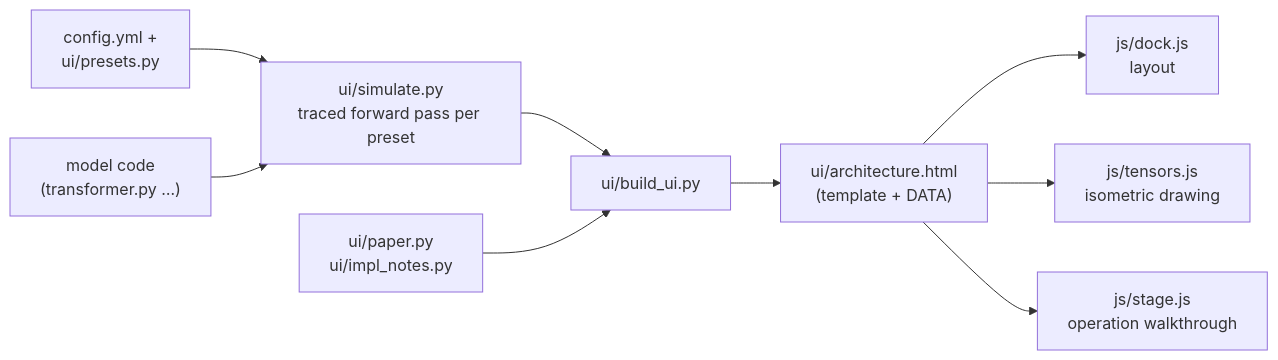
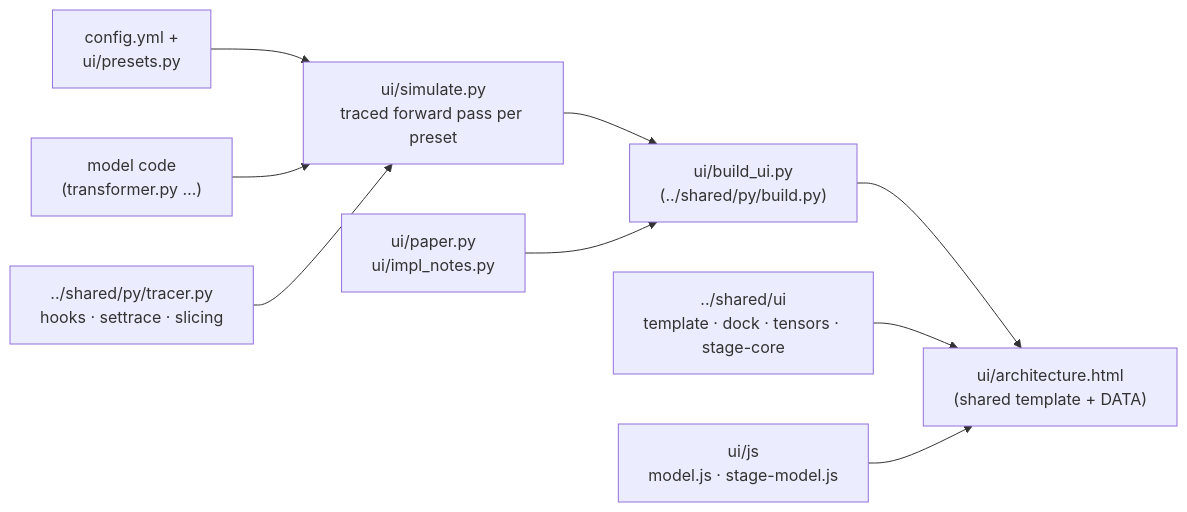
Before and after one commit to omarTBakr/TransformersVisualizations: the second of 2 diagrams in encoder-decoder/README.md, drawn with Mermaid. The commit also changed other lines of this file and 64 other files, not shown here.

First line of the commit message:
Add the Vision Transformer and a shared visualization core

````diff
--- a/encoder-decoder/README.md
+++ b/encoder-decoder/README.md
@@ -163,11 +163,11 @@
 ```mermaid
 flowchart LR
     cfg["config.yml +<br/>ui/presets.py"] --> sim
     model["model code<br/>(transformer.py …)"] --> sim
     sim["ui/simulate.py<br/>traced forward pass per preset"] --> build
     notes["ui/paper.py<br/>ui/impl_notes.py"] --> build
-    build["ui/build_ui.py"] --> page["ui/architecture.html<br/>(template + DATA)"]
-    page --> dock["js/dock.js<br/>layout"]
-    page --> tensors["js/tensors.js<br/>isometric drawing"]
-    page --> stage["js/stage.js<br/>operation walkthrough"]
+    tracer["../shared/py/tracer.py<br/>hooks · settrace · slicing"] --> sim
+    build["ui/build_ui.py<br/>(../shared/py/build.py)"] --> page["ui/architecture.html<br/>(shared template + DATA)"]
+    shell["../shared/ui<br/>template · dock · tensors · stage-core"] --> page
+    own["ui/js<br/>model.js · stage-model.js"] --> page
 ```
````
